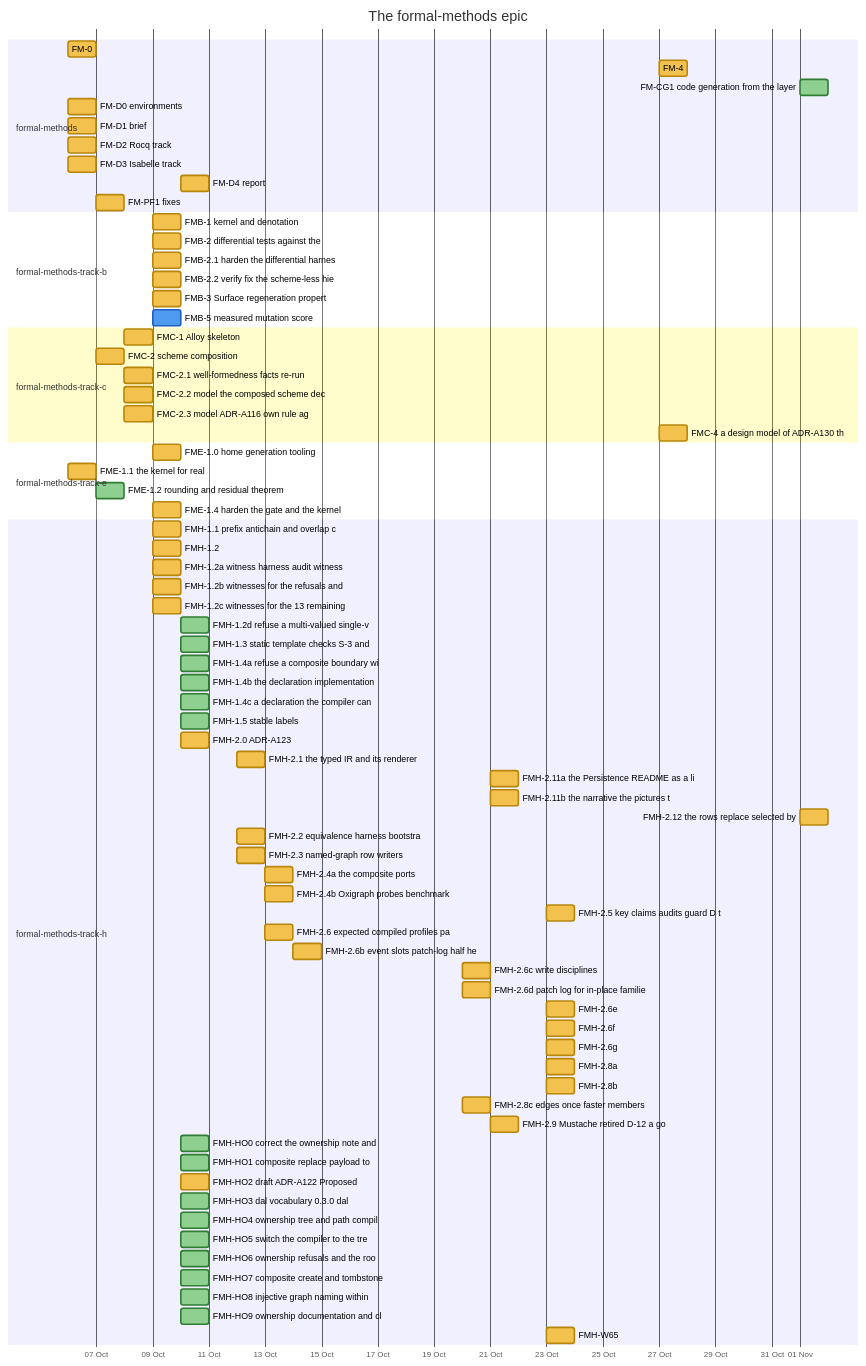
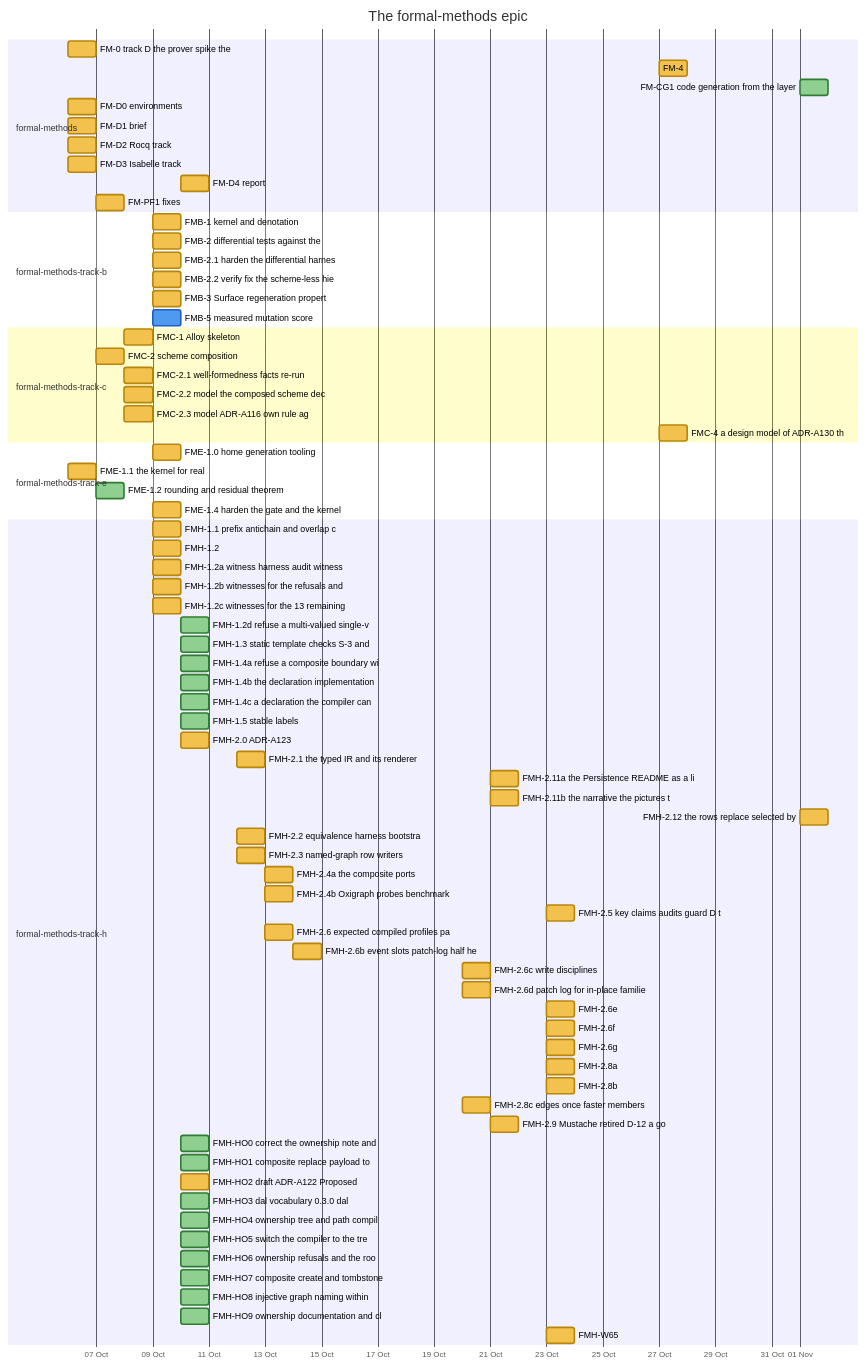
One commit to nebularis/lattice changed the third of 26 diagrams in docs/developer/ROADMAP.md. Above: the diagram before and after it, drawn with Mermaid. The commit also changed other lines of this file, not shown here.

First line of the commit message:
Refresh ROADMAP for the tutorial (TUT-5 handoff)

````diff
--- a/docs/developer/ROADMAP.md
+++ b/docs/developer/ROADMAP.md
@@ -108,80 +109,80 @@
 ```mermaid
 %%{init: {"themeVariables": {"taskBkgColor": "#f2c14e", "taskBorderColor": "#b8860b", "taskTextColor": "#000000", "activeTaskBkgColor": "#4e9af1", "activeTaskBorderColor": "#1f5fbf", "activeTaskBorderColor": "#1f5fbf", "doneTaskBkgColor": "#8fcf8f", "doneTaskBorderColor": "#2f7d32", "critBkgColor": "#f28b82", "critBorderColor": "#b23a30", "taskTextDarkColor": "#000000", "taskTextLightColor": "#000000"}}}%%
 gantt
     title The formal-methods epic
     dateFormat YYYY-MM-DD
     axisFormat %d %b
     section formal-methods
-    FM-0 :fm0, 2026-10-06, 2026-10-07
+    FM-0 track D the prover spike the :fm0, 2026-10-06, 2026-10-07
     FM-4 :fm4, 2026-10-27, 2026-10-28
     FM-CG1 code generation from the layer :done, fmcg1, 2026-11-01, 2026-11-02
     FM-D0 environments :fmd0, 2026-10-06, 2026-10-07
     FM-D1 brief :fmd1, 2026-10-06, 2026-10-07
     FM-D2 Rocq track :fmd2, 2026-10-06, 2026-10-07
     FM-D3 Isabelle track :fmd3, 2026-10-06, 2026-10-07
     FM-D4 report :fmd4, 2026-10-10, 2026-10-11
     FM-PF1 fixes :fmpf1, 2026-10-07, 2026-10-08
     section formal-methods-track-b
     FMB-1 kernel and denotation :fmb1, 2026-10-09, 2026-10-10
     FMB-2 differential tests against the :fmb2, 2026-10-09, 2026-10-10
     FMB-2.1 harden the differential harnes :fmb21, 2026-10-09, 2026-10-10
     FMB-2.2 verify fix the scheme-less hie :fmb22, 2026-10-09, 2026-10-10
     FMB-3 Surface regeneration propert :fmb3, 2026-10-09, 2026-10-10
     FMB-5 measured mutation score :active, fmb5, 2026-10-09, 2026-10-10
     section formal-methods-track-c
     FMC-1 Alloy skeleton :fmc1, 2026-10-08, 2026-10-09
     FMC-2 scheme composition :fmc2, 2026-10-07, 2026-10-08
     FMC-2.1 well-formedness facts re-run :fmc21, 2026-10-08, 2026-10-09
     FMC-2.2 model the composed scheme dec :fmc22, 2026-10-08, 2026-10-09
     FMC-2.3 model ADR-A116 own rule ag :fmc23, 2026-10-08, 2026-10-09
     FMC-4 a design model of ADR-A130 th :fmc4, 2026-10-27, 2026-10-28
     section formal-methods-track-e
     FME-1.0 home generation tooling :fme10, 2026-10-09, 2026-10-10
     FME-1.1 the kernel for real :fme11, 2026-10-06, 2026-10-07
     FME-1.2 rounding and residual theorem :done, fme12, 2026-10-07, 2026-10-08
     FME-1.4 harden the gate and the kernel :fme14, 2026-10-09, 2026-10-10
     section formal-methods-track-h
     FMH-1.1 prefix antichain and overlap c :fmh11, 2026-10-09, 2026-10-10
     FMH-1.2 :fmh12, 2026-10-09, 2026-10-10
     FMH-1.2a witness harness audit witness :fmh12a, 2026-10-09, 2026-10-10
     FMH-1.2b witnesses for the refusals and :fmh12b, 2026-10-09, 2026-10-10
     FMH-1.2c witnesses for the 13 remaining :fmh12c, 2026-10-09, 2026-10-10
     FMH-1.2d refuse a multi-valued single-v :done, fmh12d, 2026-10-10, 2026-10-11
     FMH-1.3 static template checks S-3 and :done, fmh13, 2026-10-10, 2026-10-11
     FMH-1.4a refuse a composite boundary wi :done, fmh14a, 2026-10-10, 2026-10-11
     FMH-1.4b the declaration implementation :done, fmh14b, 2026-10-10, 2026-10-11
     FMH-1.4c a declaration the compiler can :done, fmh14c, 2026-10-10, 2026-10-11
     FMH-1.5 stable labels :done, fmh15, 2026-10-10, 2026-10-11
     FMH-2.0 ADR-A123 :fmh20, 2026-10-10, 2026-10-11
     FMH-2.1 the typed IR and its renderer :fmh21, 2026-10-12, 2026-10-13
     FMH-2.11a the Persistence README as a li :fmh211a, 2026-10-21, 2026-10-22
     FMH-2.11b the narrative the pictures t :fmh211b, 2026-10-21, 2026-10-22
     FMH-2.12 the rows replace selected by :fmh212, 2026-11-01, 2026-11-02
     FMH-2.2 equivalence harness bootstra :fmh22, 2026-10-12, 2026-10-13
     FMH-2.3 named-graph row writers :fmh23, 2026-10-12, 2026-10-13
     FMH-2.4a the composite ports :fmh24a, 2026-10-13, 2026-10-14
     FMH-2.4b Oxigraph probes benchmark :fmh24b, 2026-10-13, 2026-10-14
     FMH-2.5 key claims audits guard D t :fmh25, 2026-10-23, 2026-10-24
     FMH-2.6 expected compiled profiles pa :fmh26, 2026-10-13, 2026-10-14
     FMH-2.6b event slots patch-log half he :fmh26b, 2026-10-14, 2026-10-15
     FMH-2.6c write disciplines :fmh26c, 2026-10-20, 2026-10-21
     FMH-2.6d patch log for in-place familie :fmh26d, 2026-10-20, 2026-10-21
     FMH-2.6e :fmh26e, 2026-10-23, 2026-10-24
     FMH-2.6f :fmh26f, 2026-10-23, 2026-10-24
     FMH-2.6g :fmh26g, 2026-10-23, 2026-10-24
     FMH-2.8a :fmh28a, 2026-10-23, 2026-10-24
     FMH-2.8b :fmh28b, 2026-10-23, 2026-10-24
     FMH-2.8c edges once faster members :fmh28c, 2026-10-20, 2026-10-21
     FMH-2.9 Mustache retired D-12 a go :fmh29, 2026-10-21, 2026-10-22
     FMH-HO0 correct the ownership note and :done, fmhho0, 2026-10-10, 2026-10-11
     FMH-HO1 composite replace payload to :done, fmhho1, 2026-10-10, 2026-10-11
     FMH-HO2 draft ADR-A122 Proposed :fmhho2, 2026-10-10, 2026-10-11
     FMH-HO3 dal vocabulary 0.3.0 dal :done, fmhho3, 2026-10-10, 2026-10-11
     FMH-HO4 ownership tree and path compil :done, fmhho4, 2026-10-10, 2026-10-11
     FMH-HO5 switch the compiler to the tre :done, fmhho5, 2026-10-10, 2026-10-11
     FMH-HO6 ownership refusals and the roo :done, fmhho6, 2026-10-10, 2026-10-11
     FMH-HO7 composite create and tombstone :done, fmhho7, 2026-10-10, 2026-10-11
     FMH-HO8 injective graph naming within :done, fmhho8, 2026-10-10, 2026-10-11
     FMH-HO9 ownership documentation and cl :done, fmhho9, 2026-10-10, 2026-10-11
     FMH-W65 :fmhw65, 2026-10-23, 2026-10-24
 ```
````
